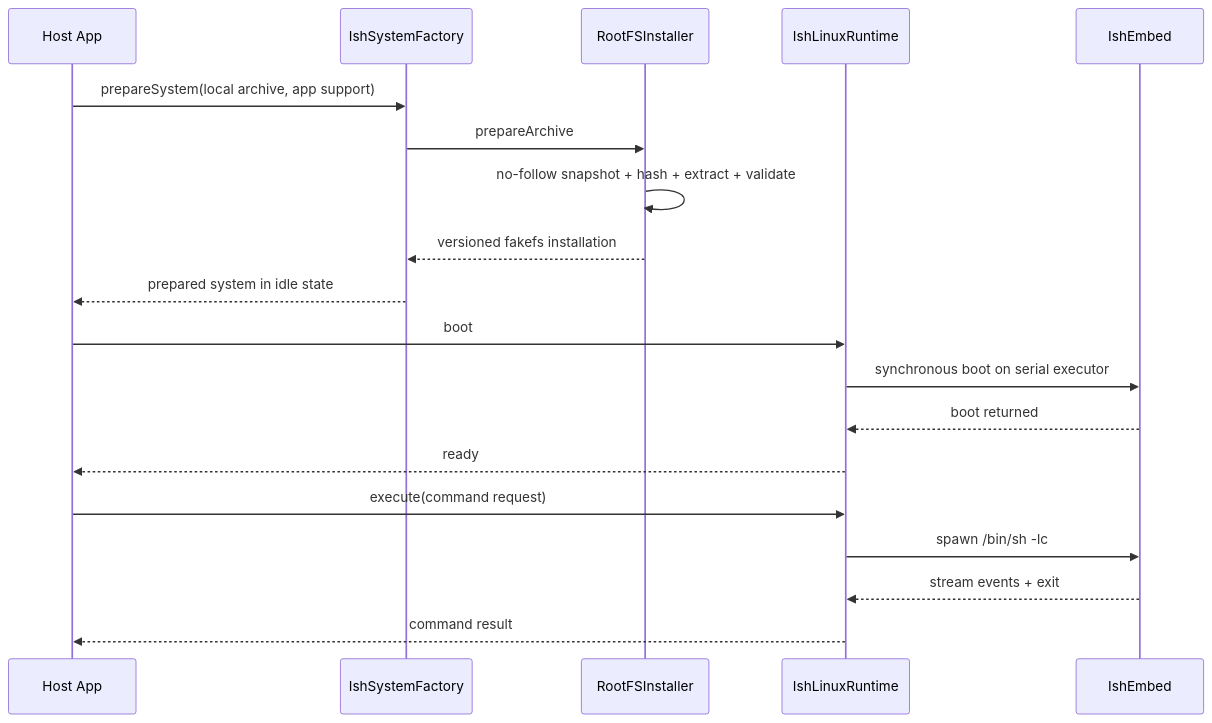
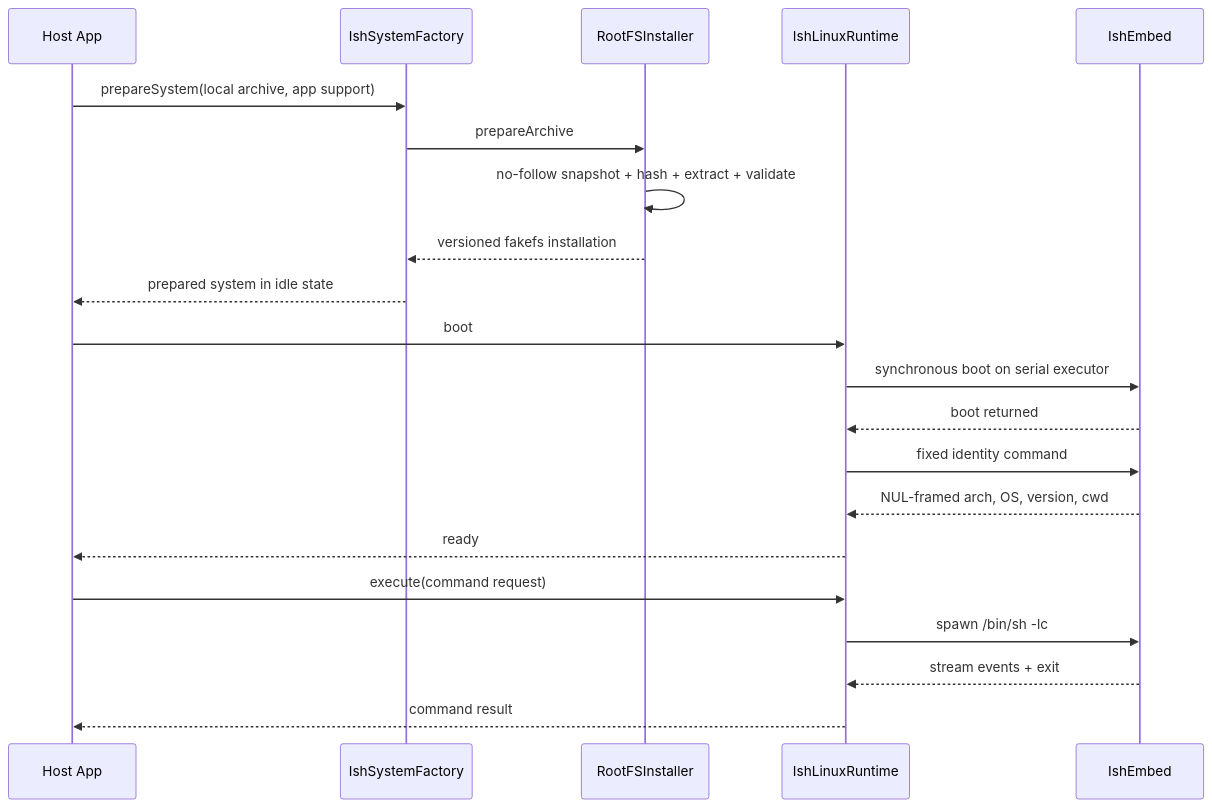
Before and after one commit to jacklv-coder/PocketRoot: the second of 3 diagrams in Docs/Architecture.md, drawn with Mermaid. The commit also changed other lines of this file and 27 other files, not shown here.

````diff
--- a/Docs/Architecture.md
+++ b/Docs/Architecture.md
@@ -172,22 +172,24 @@
 ```mermaid
 sequenceDiagram
     participant App as Host App
     participant Factory as IshSystemFactory
     participant Installer as RootFSInstaller
     participant Runtime as IshLinuxRuntime
     participant Native as IshEmbed
 
     App->>Factory: prepareSystem(local archive, app support)
     Factory->>Installer: prepareArchive
     Installer->>Installer: no-follow snapshot + hash + extract + validate
     Installer-->>Factory: versioned fakefs installation
     Factory-->>App: prepared system in idle state
     App->>Runtime: boot
     Runtime->>Native: synchronous boot on serial executor
     Native-->>Runtime: boot returned
+    Runtime->>Native: fixed identity command
+    Native-->>Runtime: NUL-framed arch, OS, version, cwd
     Runtime-->>App: ready
     App->>Runtime: execute(command request)
     Runtime->>Native: spawn /bin/sh -lc
     Native-->>Runtime: stream events + exit
     Runtime-->>App: command result
 ```
````
